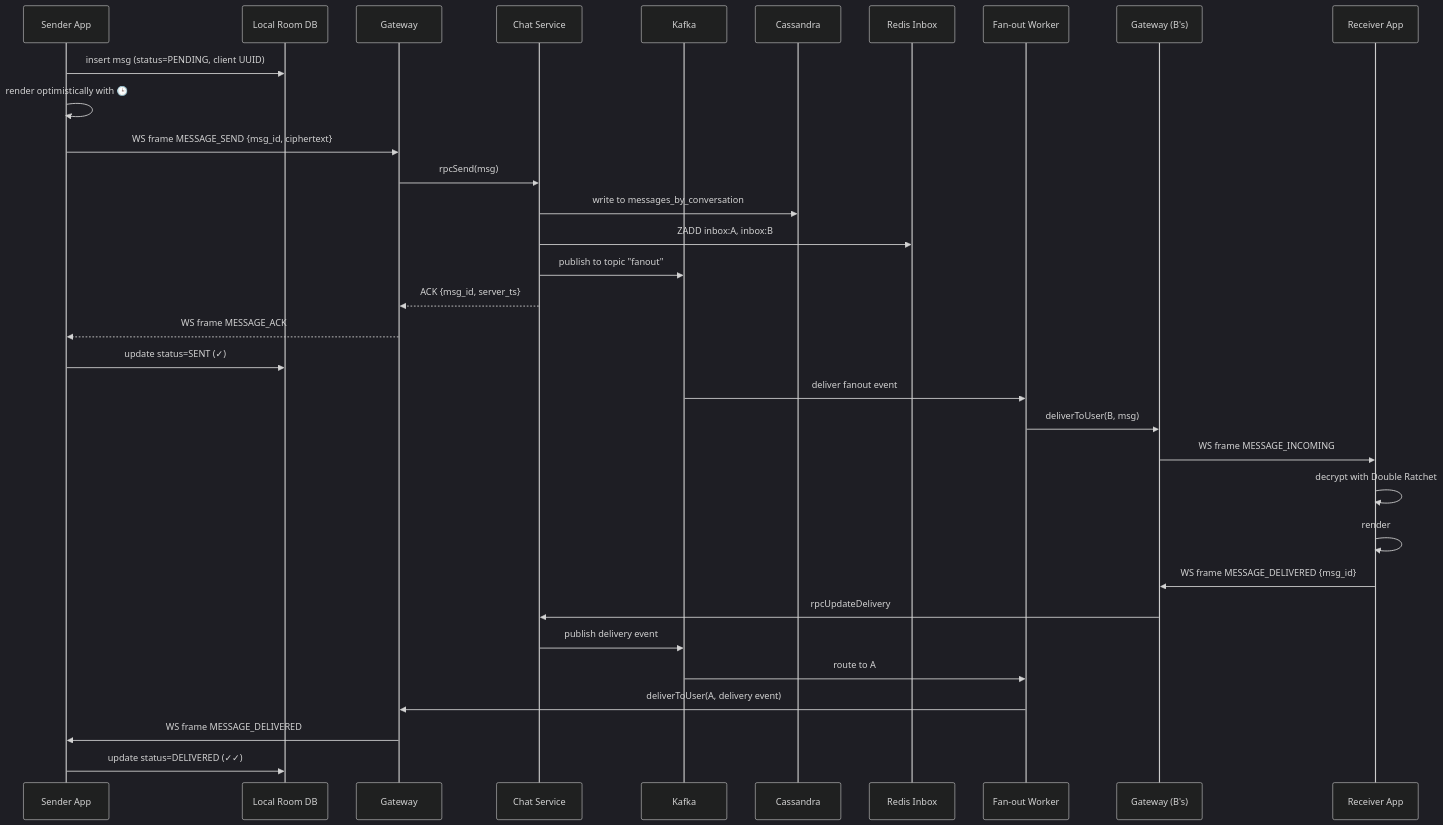
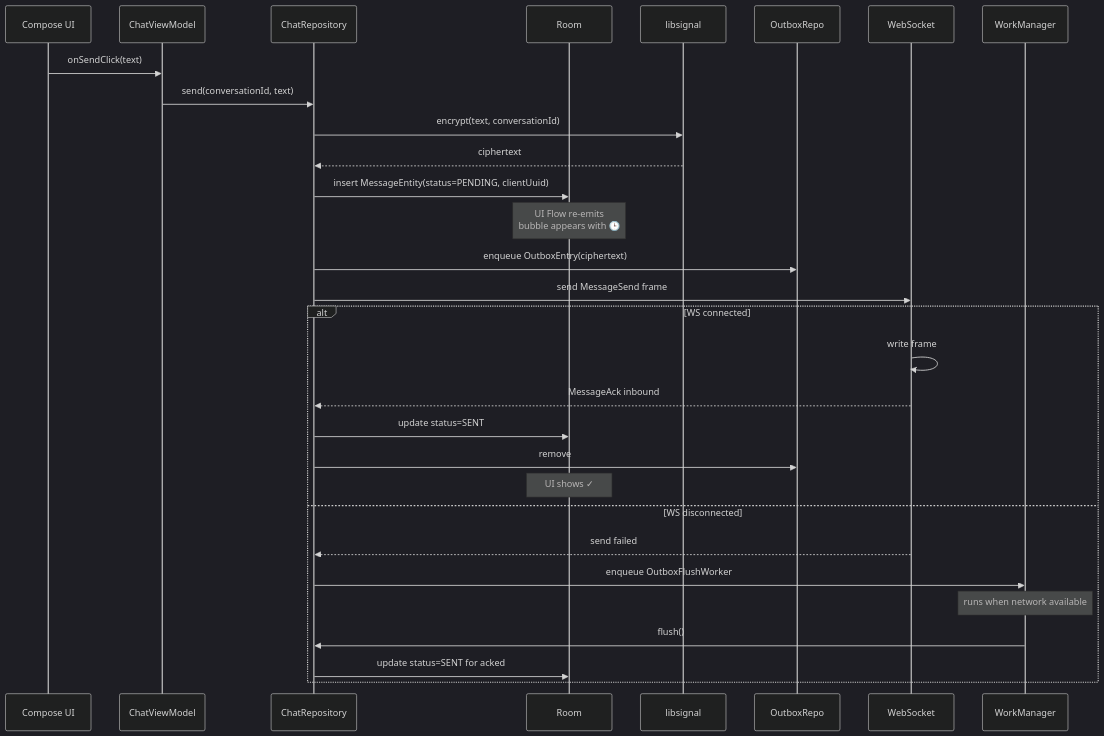
Before and after one commit to swarnsingh/android-staff-engineer-playbook-website: the third of 4 diagrams in mobile-system-design/chat-messaging.md, drawn with Mermaid (dark theme). The commit also changed other lines of this file, not shown here.

````diff
--- a/mobile-system-design/chat-messaging.md
+++ b/mobile-system-design/chat-messaging.md
@@ -281,37 +846,34 @@
 ```mermaid
 sequenceDiagram
-    participant A as Sender App
-    participant LocalA as Local Room DB
-    participant GW as Gateway
-    participant Chat as Chat Service
-    participant MQ as Kafka
-    participant DB as Cassandra
-    participant Inbox as Redis Inbox
-    participant Fan as Fan-out Worker
-    participant GW2 as Gateway (B's)
-    participant B as Receiver App
+    participant UI as Compose UI
+    participant VM as ChatViewModel
+    participant Repo as ChatRepository
+    participant Room as Room
+    participant Crypto as libsignal
+    participant Out as OutboxRepo
+    participant WS as WebSocket
+    participant WM as WorkManager
 
-    A->>LocalA: insert msg (status=PENDING, client UUID)
-    A->>A: render optimistically with 🕒
-    A->>GW: WS frame MESSAGE_SEND {msg_id, ciphertext}
-    GW->>Chat: rpcSend(msg)
-    Chat->>DB: write to messages_by_conversation
-    Chat->>Inbox: ZADD inbox:A, inbox:B
-    Chat->>MQ: publish to topic "fanout"
-    Chat-->>GW: ACK {msg_id, server_ts}
-    GW-->>A: WS frame MESSAGE_ACK
-    A->>LocalA: update status=SENT (✓)
+    UI->>VM: onSendClick(text)
+    VM->>Repo: send(conversationId, text)
+    Repo->>Crypto: encrypt(text, conversationId)
+    Crypto-->>Repo: ciphertext
+    Repo->>Room: insert MessageEntity(status=PENDING, clientUuid)
+    Note over Room: UI Flow re-emits<br/>bubble appears with 🕒
+    Repo->>Out: enqueue OutboxEntry(ciphertext)
+    Repo->>WS: send MessageSend frame
 
-    MQ->>Fan: deliver fanout event
-    Fan->>GW2: deliverToUser(B, msg)
-    GW2->>B: WS frame MESSAGE_INCOMING
-    B->>B: decrypt with Double Ratchet
-    B->>B: render
-    B->>GW2: WS frame MESSAGE_DELIVERED {msg_id}
-    GW2->>Chat: rpcUpdateDelivery
-    Chat->>MQ: publish delivery event
-    MQ->>Fan: route to A
-    Fan->>GW: deliverToUser(A, delivery event)
-    GW->>A: WS frame MESSAGE_DELIVERED
-    A->>LocalA: update status=DELIVERED (✓✓)
+    alt WS connected
+        WS->>WS: write frame
+        WS-->>Repo: MessageAck inbound
+        Repo->>Room: update status=SENT
+        Repo->>Out: remove
+        Note over Room: UI shows ✓
+    else WS disconnected
+        WS-->>Repo: send failed
+        Repo->>WM: enqueue OutboxFlushWorker
+        Note over WM: runs when network available
+        WM->>Repo: flush()
+        Repo->>Room: update status=SENT for acked
+    end
 ```
````
